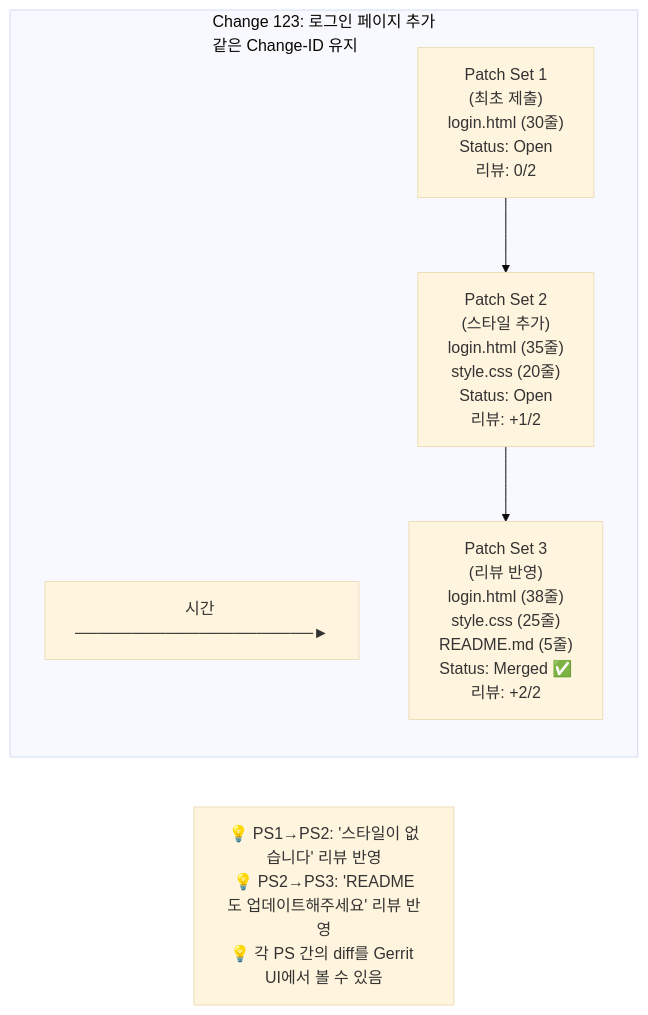
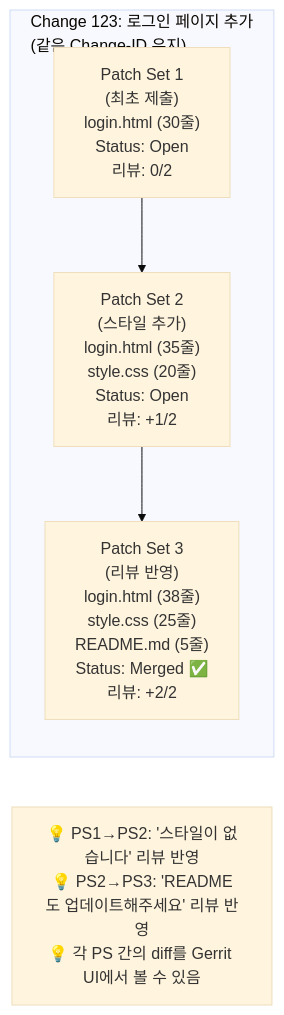
One commit to jingu279/Document changed the first of 2 diagrams in 07_Gerrit/03_Change_and_Patch_Set.md. Above: the diagram before and after it, drawn with Mermaid (base theme). The commit also changed 16 other files, not shown here.

Commit message:
Fix all Mermaid rendering issues (subgraph-to-subgraph, unconnected nodes, reserved names, dashes)

````diff
--- a/07_Gerrit/03_Change_and_Patch_Set.md
+++ b/07_Gerrit/03_Change_and_Patch_Set.md
@@ -7,14 +7,12 @@
 ```mermaid
 flowchart LR
-  subgraph Change123[Change 123: 로그인 페이지 추가<br/>같은 Change-ID 유지]
+  subgraph Change123["Change 123: 로그인 페이지 추가<br/>(같은 Change-ID 유지)"]
     direction TB
-    T["시간 ─────────────────────►"]
     PS1["Patch Set 1<br/>(최초 제출)<br/>login.html (30줄)<br/>Status: Open<br/>리뷰: 0/2"]
     PS2["Patch Set 2<br/>(스타일 추가)<br/>login.html (35줄)<br/>style.css (20줄)<br/>Status: Open<br/>리뷰: +1/2"]
     PS3["Patch Set 3<br/>(리뷰 반영)<br/>login.html (38줄)<br/>style.css (25줄)<br/>README.md (5줄)<br/>Status: Merged ✅<br/>리뷰: +2/2"]
 
     PS1 --> PS2 --> PS3
   end
-
   Explanation["💡 PS1→PS2: '스타일이 없습니다' 리뷰 반영<br/>💡 PS2→PS3: 'README도 업데이트해주세요' 리뷰 반영<br/>💡 각 PS 간의 diff를 Gerrit UI에서 볼 수 있음"]
 ```
````
